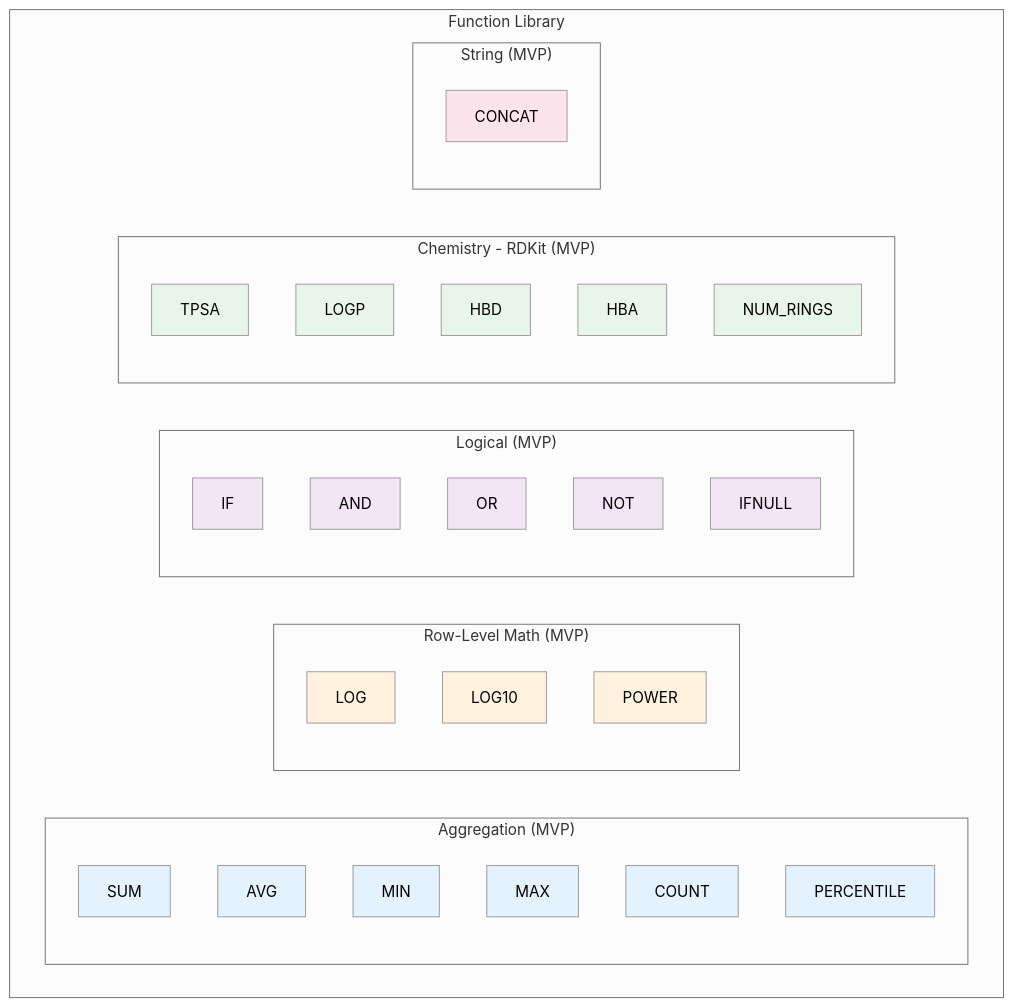
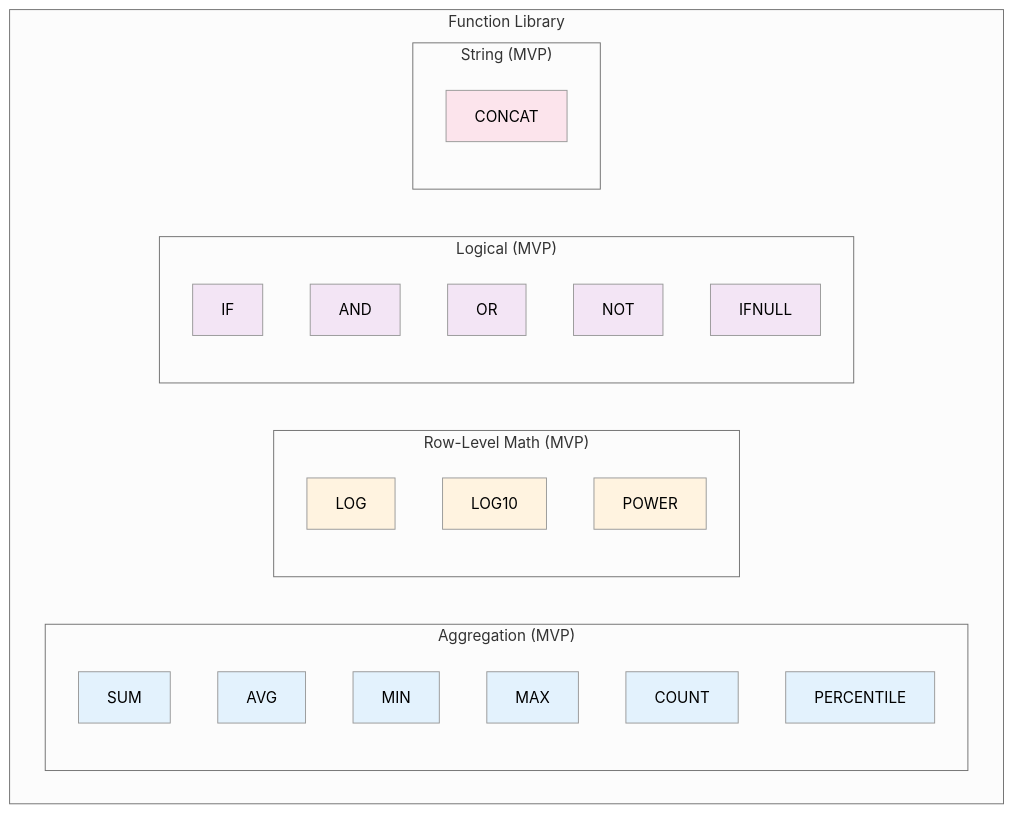
Before and after one commit to tangentlin/formulaq: the sixth of 26 diagrams in docs/spec.md, drawn with Mermaid (neutral theme). The commit also changed other lines of this file and 2 other files, not shown here.

First line of the commit message:
Add formula engine spec and update spec.md for MVP alignment

````diff
--- a/docs/spec.md
+++ b/docs/spec.md
@@ -1010,60 +1007,47 @@
 ```mermaid
 flowchart TD
     subgraph "Function Library"
         subgraph "Aggregation (MVP)"
             AGG1[SUM]
             AGG2[AVG]
             AGG3[MIN]
             AGG4[MAX]
             AGG5[COUNT]
             AGG6[PERCENTILE]
         end
-        
+
         subgraph "Row-Level Math (MVP)"
             MATH1[LOG]
             MATH2[LOG10]
             MATH3[POWER]
         end
-        
+
         subgraph "Logical (MVP)"
             LOG1[IF]
             LOG2[AND]
             LOG3[OR]
             LOG4[NOT]
             LOG5[IFNULL]
         end
-        
-        subgraph "Chemistry - RDKit (MVP)"
-            CHEM1[TPSA]
-            CHEM2[LOGP]
-            CHEM3[HBD]
-            CHEM4[HBA]
-            CHEM5[NUM_RINGS]
-        end
-        
+
         subgraph "String (MVP)"
             STR1[CONCAT]
         end
     end
-    
+
     style AGG1 fill:#e3f2fd
     style AGG2 fill:#e3f2fd
     style AGG3 fill:#e3f2fd
     style AGG4 fill:#e3f2fd
     style AGG5 fill:#e3f2fd
     style AGG6 fill:#e3f2fd
     style MATH1 fill:#fff3e0
     style MATH2 fill:#fff3e0
     style MATH3 fill:#fff3e0
     style LOG1 fill:#f3e5f5
     style LOG2 fill:#f3e5f5
     style LOG3 fill:#f3e5f5
     style LOG4 fill:#f3e5f5
     style LOG5 fill:#f3e5f5
-    style CHEM1 fill:#e8f5e9
-    style CHEM2 fill:#e8f5e9
-    style CHEM3 fill:#e8f5e9
-    style CHEM4 fill:#e8f5e9
-    style CHEM5 fill:#e8f5e9
     style STR1 fill:#fce4ec
 ```
````
